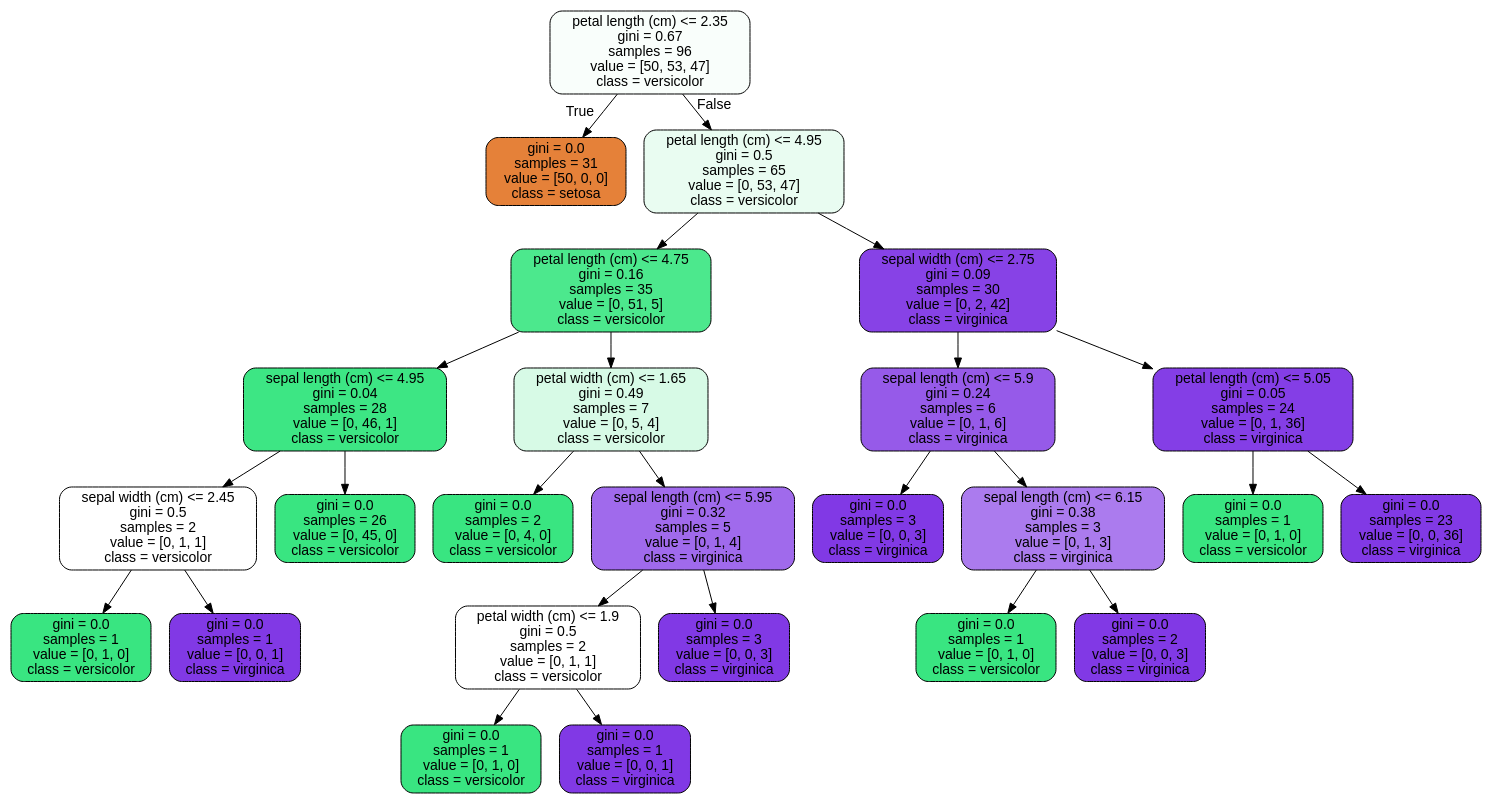
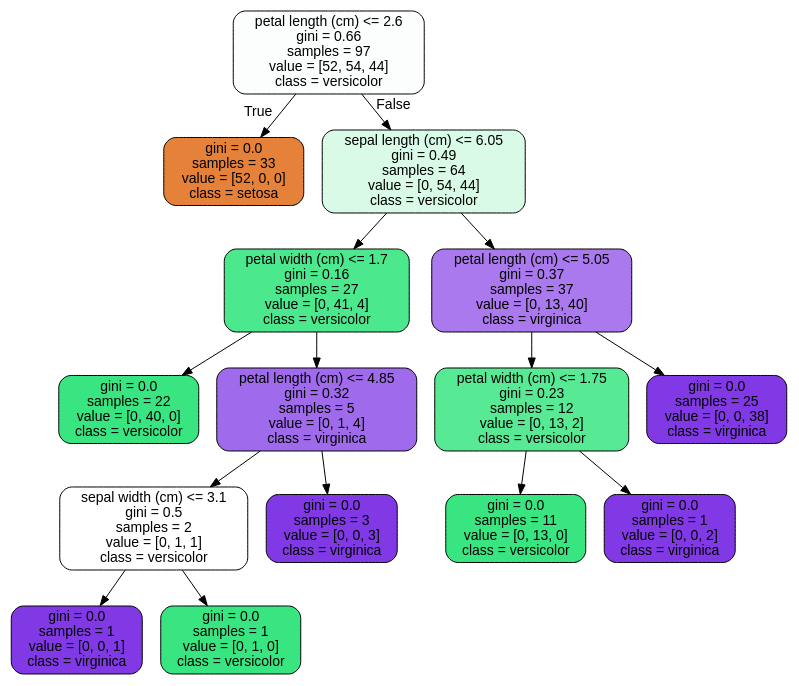
Before and after one commit to asaadkhattab/DataScienceCOVID: the diagram in tree.dot, drawn with Graphviz. The commit also changed 4 other files, not shown here.

```diff
--- a/tree.dot
+++ b/tree.dot
@@ -1,53 +1,33 @@
 digraph Tree {
 node [shape=box, style="filled, rounded", color="black", fontname=helvetica] ;
 edge [fontname=helvetica] ;
-0 [label="petal length (cm) <= 2.35\ngini = 0.67\nsamples = 96\nvalue = [50, 53, 47]\nclass = versicolor", fillcolor="#f9fefb"] ;
-1 [label="gini = 0.0\nsamples = 31\nvalue = [50, 0, 0]\nclass = setosa", fillcolor="#e58139"] ;
+0 [label="petal length (cm) <= 2.6\ngini = 0.66\nsamples = 97\nvalue = [52, 54, 44]\nclass = versicolor", fillcolor="#fbfefc"] ;
+1 [label="gini = 0.0\nsamples = 33\nvalue = [52, 0, 0]\nclass = setosa", fillcolor="#e58139"] ;
 0 -> 1 [labeldistance=2.5, labelangle=45, headlabel="True"] ;
-2 [label="petal length (cm) <= 4.95\ngini = 0.5\nsamples = 65\nvalue = [0, 53, 47]\nclass = versicolor", fillcolor="#e9fcf1"] ;
+2 [label="sepal length (cm) <= 6.05\ngini = 0.49\nsamples = 64\nvalue = [0, 54, 44]\nclass = versicolor", fillcolor="#dafae8"] ;
 0 -> 2 [labeldistance=2.5, labelangle=-45, headlabel="False"] ;
-3 [label="petal length (cm) <= 4.75\ngini = 0.16\nsamples = 35\nvalue = [0, 51, 5]\nclass = versicolor", fillcolor="#4ce88d"] ;
+3 [label="petal width (cm) <= 1.7\ngini = 0.16\nsamples = 27\nvalue = [0, 41, 4]\nclass = versicolor", fillcolor="#4ce88d"] ;
 2 -> 3 ;
-4 [label="sepal length (cm) <= 4.95\ngini = 0.04\nsamples = 28\nvalue = [0, 46, 1]\nclass = versicolor", fillcolor="#3de684"] ;
+4 [label="gini = 0.0\nsamples = 22\nvalue = [0, 40, 0]\nclass = versicolor", fillcolor="#39e581"] ;
 3 -> 4 ;
-5 [label="sepal width (cm) <= 2.45\ngini = 0.5\nsamples = 2\nvalue = [0, 1, 1]\nclass = versicolor", fillcolor="#ffffff"] ;
-4 -> 5 ;
-6 [label="gini = 0.0\nsamples = 1\nvalue = [0, 1, 0]\nclass = versicolor", fillcolor="#39e581"] ;
+5 [label="petal length (cm) <= 4.85\ngini = 0.32\nsamples = 5\nvalue = [0, 1, 4]\nclass = virginica", fillcolor="#a06aec"] ;
+3 -> 5 ;
+6 [label="sepal width (cm) <= 3.1\ngini = 0.5\nsamples = 2\nvalue = [0, 1, 1]\nclass = versicolor", fillcolor="#ffffff"] ;
 5 -> 6 ;
 7 [label="gini = 0.0\nsamples = 1\nvalue = [0, 0, 1]\nclass = virginica", fillcolor="#8139e5"] ;
-5 -> 7 ;
-8 [label="gini = 0.0\nsamples = 26\nvalue = [0, 45, 0]\nclass = versicolor", fillcolor="#39e581"] ;
-4 -> 8 ;
-9 [label="petal width (cm) <= 1.65\ngini = 0.49\nsamples = 7\nvalue = [0, 5, 4]\nclass = versicolor", fillcolor="#d7fae6"] ;
-3 -> 9 ;
-10 [label="gini = 0.0\nsamples = 2\nvalue = [0, 4, 0]\nclass = versicolor", fillcolor="#39e581"] ;
-9 -> 10 ;
-11 [label="sepal length (cm) <= 5.95\ngini = 0.32\nsamples = 5\nvalue = [0, 1, 4]\nclass = virginica", fillcolor="#a06aec"] ;
-9 -> 11 ;
-12 [label="petal width (cm) <= 1.9\ngini = 0.5\nsamples = 2\nvalue = [0, 1, 1]\nclass = versicolor", fillcolor="#ffffff"] ;
+6 -> 7 ;
+8 [label="gini = 0.0\nsamples = 1\nvalue = [0, 1, 0]\nclass = versicolor", fillcolor="#39e581"] ;
+6 -> 8 ;
+9 [label="gini = 0.0\nsamples = 3\nvalue = [0, 0, 3]\nclass = virginica", fillcolor="#8139e5"] ;
+5 -> 9 ;
+10 [label="petal length (cm) <= 5.05\ngini = 0.37\nsamples = 37\nvalue = [0, 13, 40]\nclass = virginica", fillcolor="#aa79ed"] ;
+2 -> 10 ;
+11 [label="petal width (cm) <= 1.75\ngini = 0.23\nsamples = 12\nvalue = [0, 13, 2]\nclass = versicolor", fillcolor="#57e994"] ;
+10 -> 11 ;
+12 [label="gini = 0.0\nsamples = 11\nvalue = [0, 13, 0]\nclass = versicolor", fillcolor="#39e581"] ;
 11 -> 12 ;
-13 [label="gini = 0.0\nsamples = 1\nvalue = [0, 1, 0]\nclass = versicolor", fillcolor="#39e581"] ;
-12 -> 13 ;
-14 [label="gini = 0.0\nsamples = 1\nvalue = [0, 0, 1]\nclass = virginica", fillcolor="#8139e5"] ;
-12 -> 14 ;
-15 [label="gini = 0.0\nsamples = 3\nvalue = [0, 0, 3]\nclass = virginica", fillcolor="#8139e5"] ;
-11 -> 15 ;
-16 [label="sepal width (cm) <= 2.75\ngini = 0.09\nsamples = 30\nvalue = [0, 2, 42]\nclass = virginica", fillcolor="#8742e6"] ;
-2 -> 16 ;
-17 [label="sepal length (cm) <= 5.9\ngini = 0.24\nsamples = 6\nvalue = [0, 1, 6]\nclass = virginica", fillcolor="#965ae9"] ;
-16 -> 17 ;
-18 [label="gini = 0.0\nsamples = 3\nvalue = [0, 0, 3]\nclass = virginica", fillcolor="#8139e5"] ;
-17 -> 18 ;
-19 [label="sepal length (cm) <= 6.15\ngini = 0.38\nsamples = 3\nvalue = [0, 1, 3]\nclass = virginica", fillcolor="#ab7bee"] ;
-17 -> 19 ;
-20 [label="gini = 0.0\nsamples = 1\nvalue = [0, 1, 0]\nclass = versicolor", fillcolor="#39e581"] ;
-19 -> 20 ;
-21 [label="gini = 0.0\nsamples = 2\nvalue = [0, 0, 3]\nclass = virginica", fillcolor="#8139e5"] ;
-19 -> 21 ;
-22 [label="petal length (cm) <= 5.05\ngini = 0.05\nsamples = 24\nvalue = [0, 1, 36]\nclass = virginica", fillcolor="#843ee6"] ;
-16 -> 22 ;
-23 [label="gini = 0.0\nsamples = 1\nvalue = [0, 1, 0]\nclass = versicolor", fillcolor="#39e581"] ;
-22 -> 23 ;
-24 [label="gini = 0.0\nsamples = 23\nvalue = [0, 0, 36]\nclass = virginica", fillcolor="#8139e5"] ;
-22 -> 24 ;
+13 [label="gini = 0.0\nsamples = 1\nvalue = [0, 0, 2]\nclass = virginica", fillcolor="#8139e5"] ;
+11 -> 13 ;
+14 [label="gini = 0.0\nsamples = 25\nvalue = [0, 0, 38]\nclass = virginica", fillcolor="#8139e5"] ;
+10 -> 14 ;
 }
```
